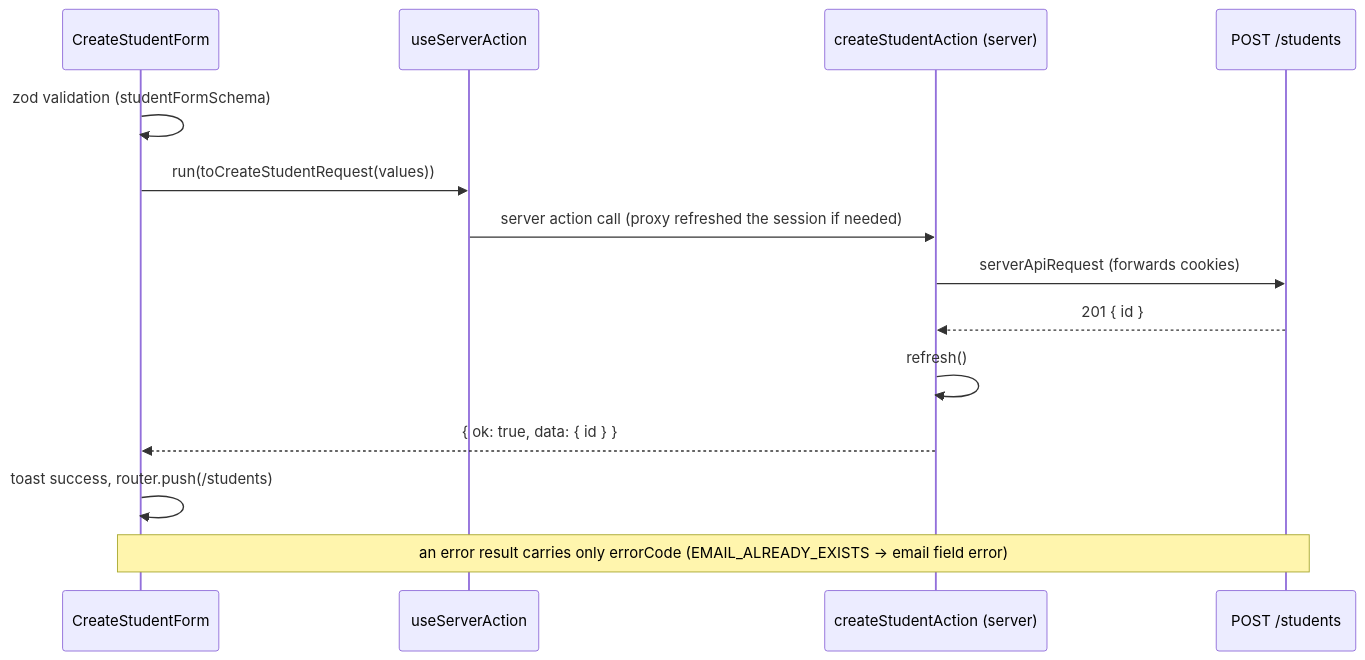
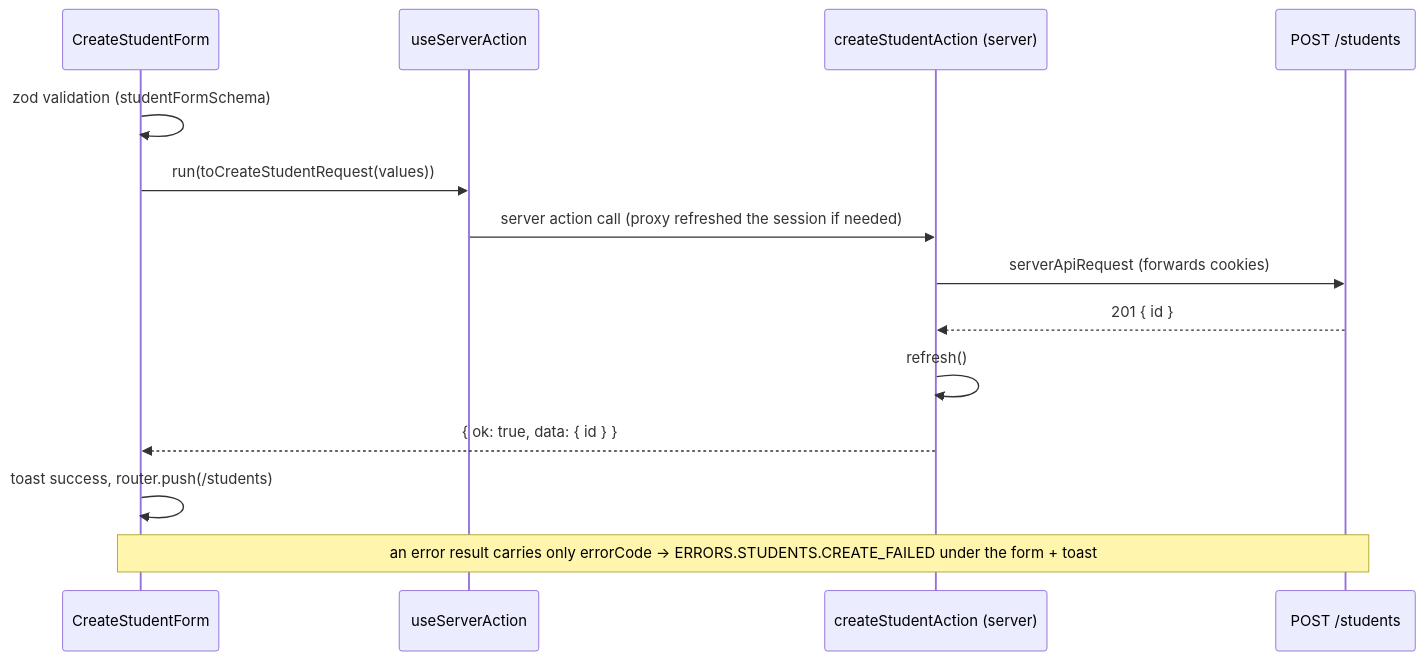
The second of 2 diagrams in front/src/docs/students.md (KaterynaKocheharova/Practice-app), drawn with Mermaid before and after one commit. The commit also changed other lines of this file and 12 other files, not shown here.

````diff
--- a/front/src/docs/students.md
+++ b/front/src/docs/students.md
@@ -55,17 +57,17 @@
 ```mermaid
 sequenceDiagram
   participant Form as CreateStudentForm
   participant Hook as useServerAction
   participant Action as createStudentAction (server)
   participant BE as POST /students
 
   Form->>Form: zod validation (studentFormSchema)
   Form->>Hook: run(toCreateStudentRequest(values))
   Hook->>Action: server action call (proxy refreshed the session if needed)
   Action->>BE: serverApiRequest (forwards cookies)
   BE-->>Action: 201 { id }
   Action->>Action: refresh()
   Action-->>Form: { ok: true, data: { id } }
   Form->>Form: toast success, router.push(/students)
-  Note over Form,BE: an error result carries only errorCode (EMAIL_ALREADY_EXISTS → email field error)
+  Note over Form,BE: an error result carries only errorCode → ERRORS.STUDENTS.CREATE_FAILED under the form + toast
 ```
````
